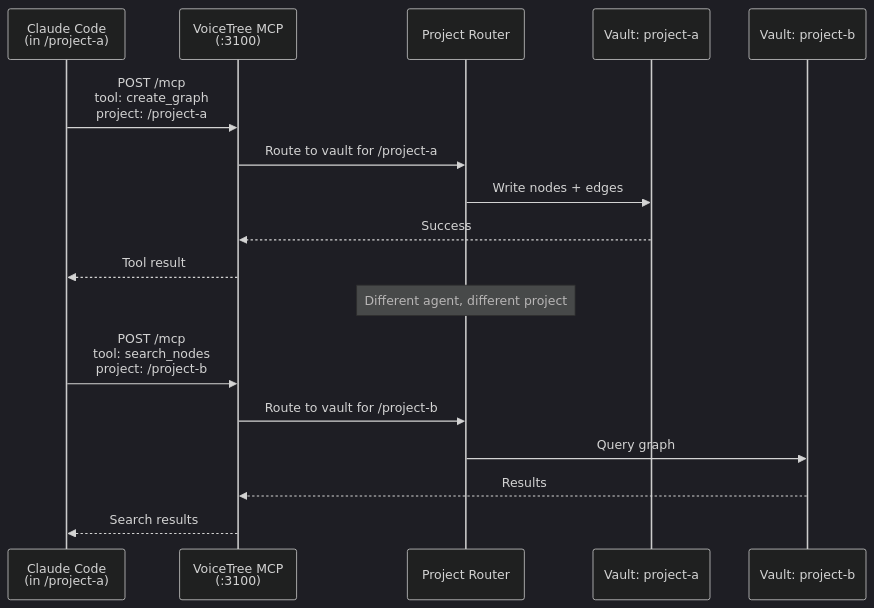
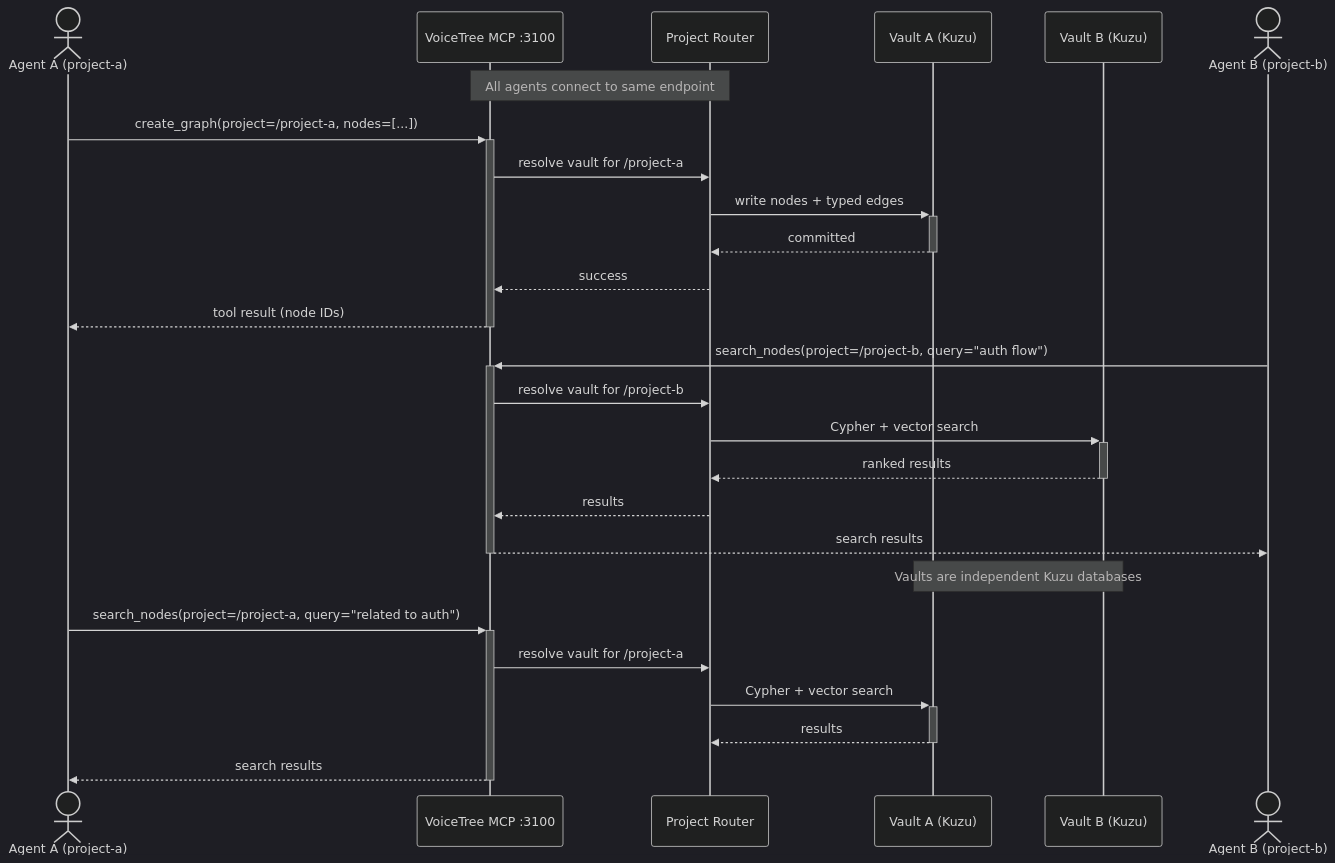
Before and after one commit to Coldaine/voicetree: the fourth of 7 diagrams in NORTH-STAR.md, drawn with Mermaid (dark theme). The commit also changed other lines of this file, not shown here.

First line of the commit message:
docs: rework all Mermaid diagrams in NORTH-STAR.md

````diff
--- a/NORTH-STAR.md
+++ b/NORTH-STAR.md
@@ -266,22 +278,33 @@
 ```mermaid
 sequenceDiagram
-    participant Agent as Claude Code<br/>(in /project-a)
-    participant MCP as VoiceTree MCP<br/>(:3100)
+    actor AgentA as Agent A (project-a)
+    participant MCP as VoiceTree MCP :3100
     participant Router as Project Router
-    participant DB_A as Vault: project-a
-    participant DB_B as Vault: project-b
+    participant VA as Vault A (Kuzu)
+    participant VB as Vault B (Kuzu)
+    actor AgentB as Agent B (project-b)
 
-    Agent->>MCP: POST /mcp<br/>tool: create_graph<br/>project: /project-a
-    MCP->>Router: Route to vault for /project-a
-    Router->>DB_A: Write nodes + edges
-    DB_A-->>MCP: Success
-    MCP-->>Agent: Tool result
+    Note over MCP,Router: All agents connect to same endpoint
 
-    Note over Router: Different agent, different project
+    AgentA->>+MCP: create_graph(project=/project-a, nodes=[...])
+    MCP->>Router: resolve vault for /project-a
+    Router->>+VA: write nodes + typed edges
+    VA-->>-Router: committed
+    Router-->>MCP: success
+    MCP-->>-AgentA: tool result (node IDs)
 
-    Agent->>MCP: POST /mcp<br/>tool: search_nodes<br/>project: /project-b
-    MCP->>Router: Route to vault for /project-b
-    Router->>DB_B: Query graph
-    DB_B-->>MCP: Results
-    MCP-->>Agent: Search results
+    AgentB->>+MCP: search_nodes(project=/project-b, query="auth flow")
+    MCP->>Router: resolve vault for /project-b
+    Router->>+VB: Cypher + vector search
+    VB-->>-Router: ranked results
+    Router-->>MCP: results
+    MCP-->>-AgentB: search results
+
+    Note over VA,VB: Vaults are independent Kuzu databases
+
+    AgentA->>+MCP: search_nodes(project=/project-a, query="related to auth")
+    MCP->>Router: resolve vault for /project-a
+    Router->>+VA: Cypher + vector search
+    VA-->>-Router: results
+    MCP-->>-AgentA: search results
 ```
````
